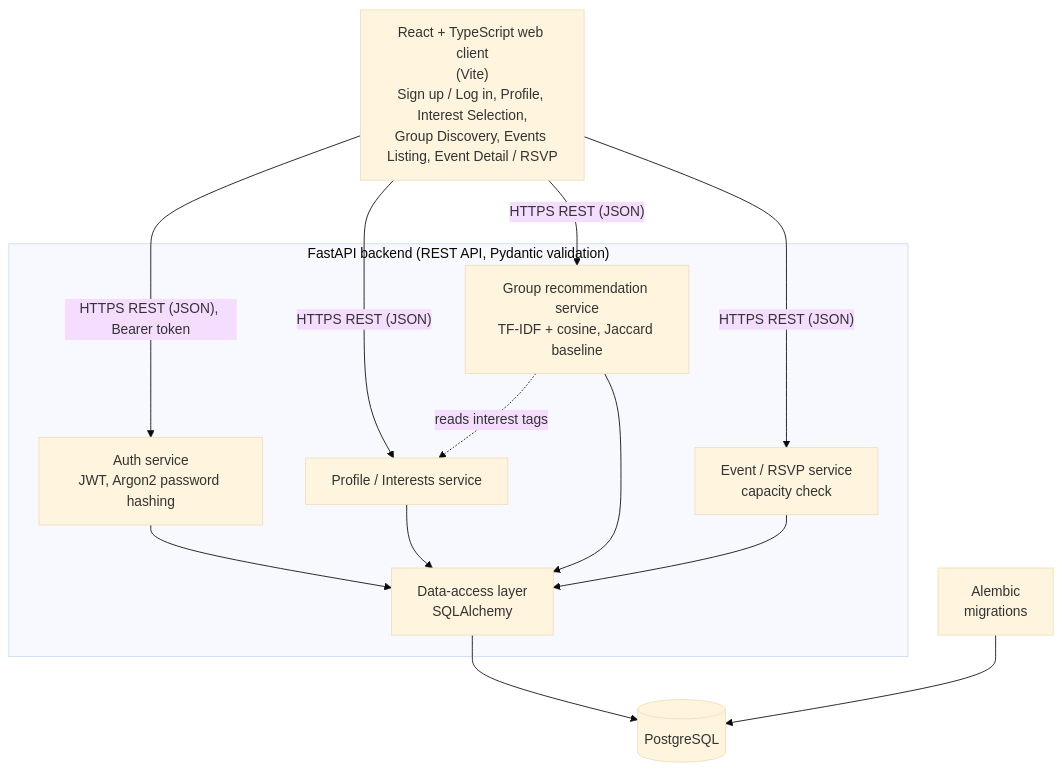
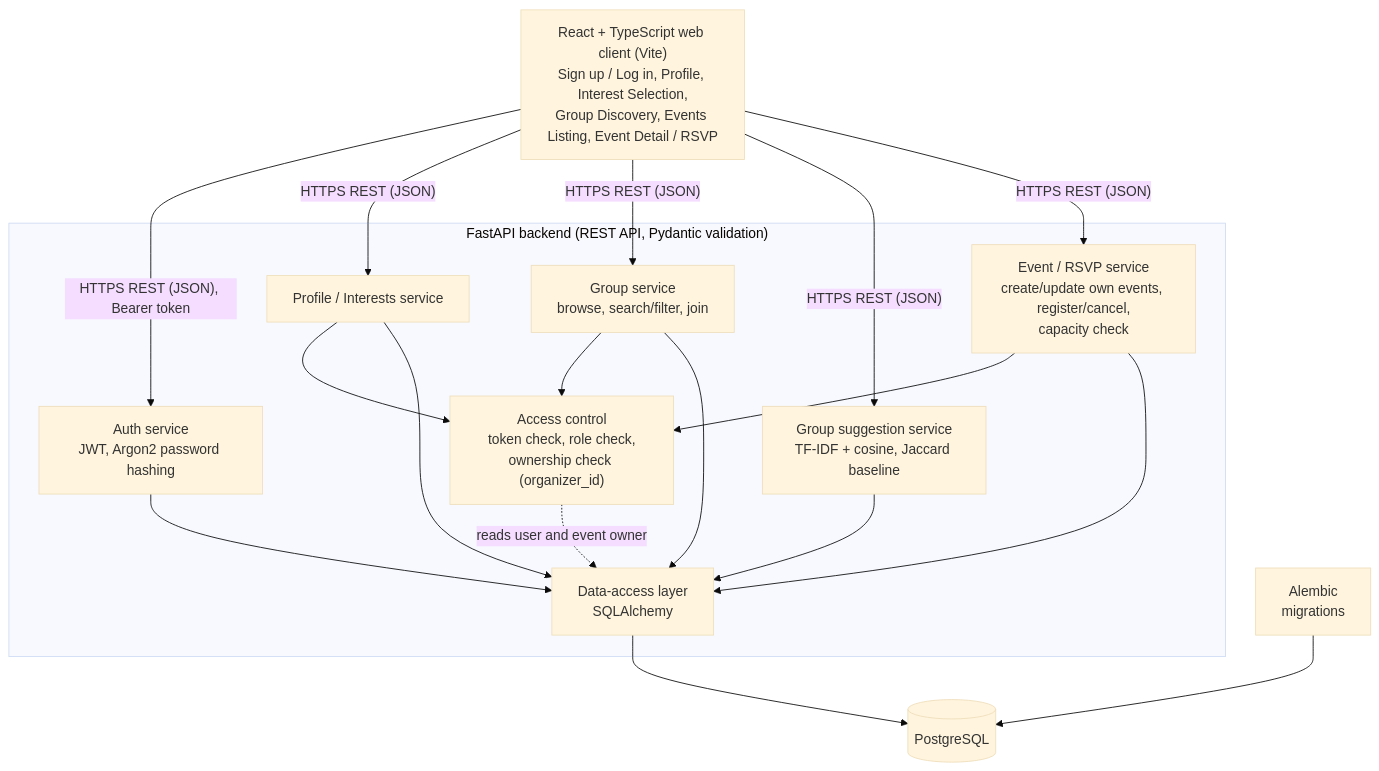
Before and after one commit to NabievaUlzhan/interest-based-group-matching: the diagram in diagrams/component.mmd, drawn with Mermaid (base theme). The commit also changed 12 other files, not shown here.

Commit message:
IBS-8: Address review comments (permissions, NFR refs, use cases, ER model)

```diff
--- a/diagrams/component.mmd
+++ b/diagrams/component.mmd
@@ -1,26 +1,33 @@
 flowchart TB
-    client["React + TypeScript web client<br/>(Vite)<br/>Sign up / Log in, Profile, Interest Selection,<br/>Group Discovery, Events Listing, Event Detail / RSVP"]
+    client["React + TypeScript web client (Vite)<br/>Sign up / Log in, Profile, Interest Selection,<br/>Group Discovery, Events Listing, Event Detail / RSVP"]
 
     subgraph backend ["FastAPI backend (REST API, Pydantic validation)"]
         auth["Auth service<br/>JWT, Argon2 password hashing"]
         profile["Profile / Interests service"]
-        reco["Group recommendation service<br/>TF-IDF + cosine, Jaccard baseline"]
-        events["Event / RSVP service<br/>capacity check"]
+        groups["Group service<br/>browse, search/filter, join"]
+        reco["Group suggestion service<br/>TF-IDF + cosine, Jaccard baseline"]
+        events["Event / RSVP service<br/>create/update own events, register/cancel,<br/>capacity check"]
+        authz["Access control<br/>token check, role check,<br/>ownership check (organizer_id)"]
         dal["Data-access layer<br/>SQLAlchemy"]
     end
 
     db[("PostgreSQL")]
     migr["Alembic<br/>migrations"]
 
     client -- "HTTPS REST (JSON), Bearer token" --> auth
     client -- "HTTPS REST (JSON)" --> profile
+    client -- "HTTPS REST (JSON)" --> groups
     client -- "HTTPS REST (JSON)" --> reco
     client -- "HTTPS REST (JSON)" --> events
 
+    profile --> authz
+    groups --> authz
+    events --> authz
     auth --> dal
     profile --> dal
+    groups --> dal
     reco --> dal
     events --> dal
-    reco -. "reads interest tags" .-> profile
+    authz -. "reads user and event owner" .-> dal
     dal --> db
     migr --> db
```
